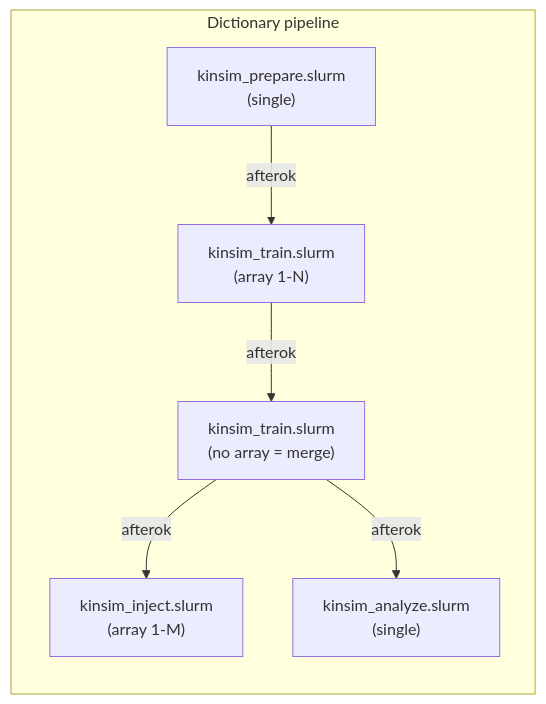
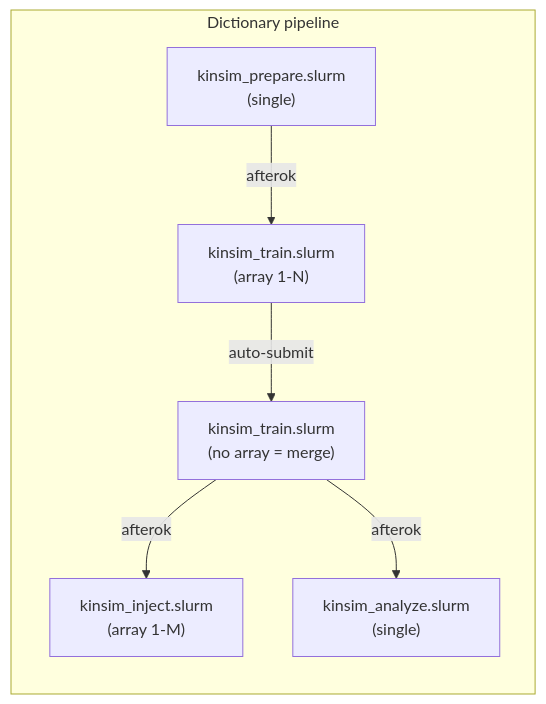
One commit to NicolasDutilleux/KinSim changed the third of 4 diagrams in README.md. Above: the diagram before and after it, drawn with Mermaid. The commit also changed other lines of this file and 9 other files, not shown here.

````diff
--- a/README.md
+++ b/README.md
@@ -524,9 +590,9 @@
 ```mermaid
 flowchart LR
     subgraph dict ["Dictionary pipeline"]
         P1["kinsim_prepare.slurm\n(single)"] -->|afterok| T["kinsim_train.slurm\n(array 1-N)"]
-        T -->|afterok| M["kinsim_train.slurm\n(no array = merge)"]
+        T -->|auto-submit| M["kinsim_train.slurm\n(no array = merge)"]
         M -->|afterok| I["kinsim_inject.slurm\n(array 1-M)"]
         M -->|afterok| A["kinsim_analyze.slurm\n(single)"]
     end
 ```
````
